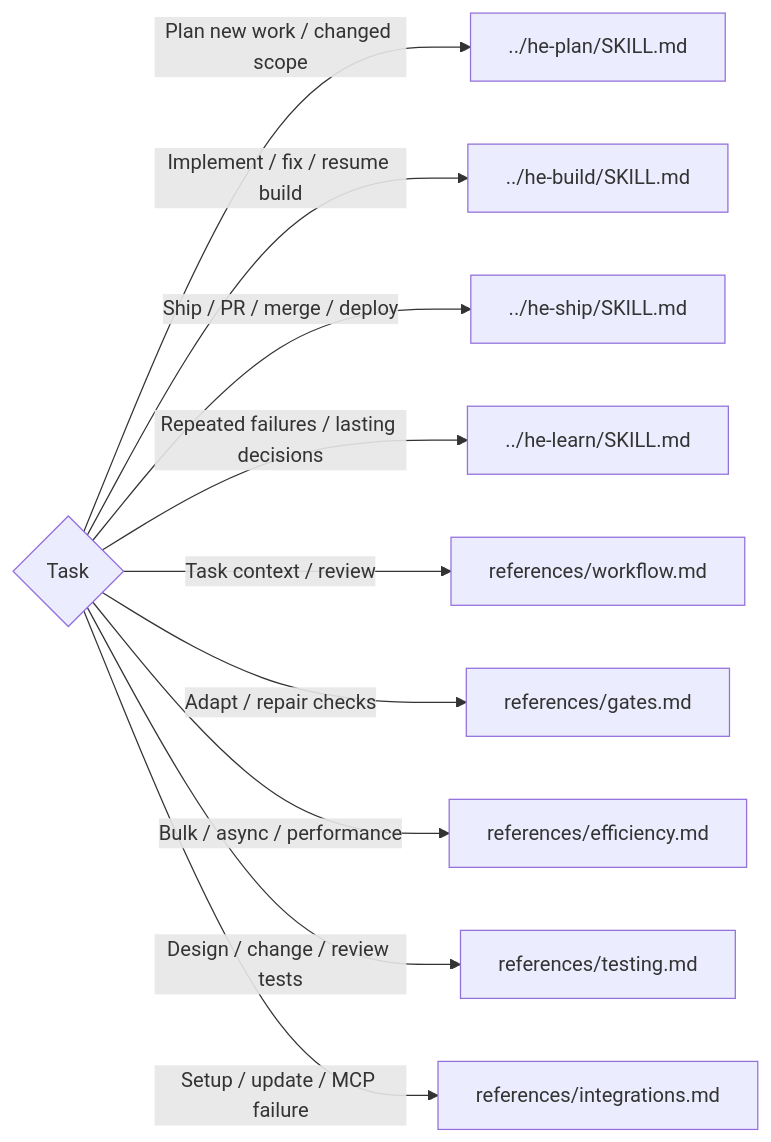
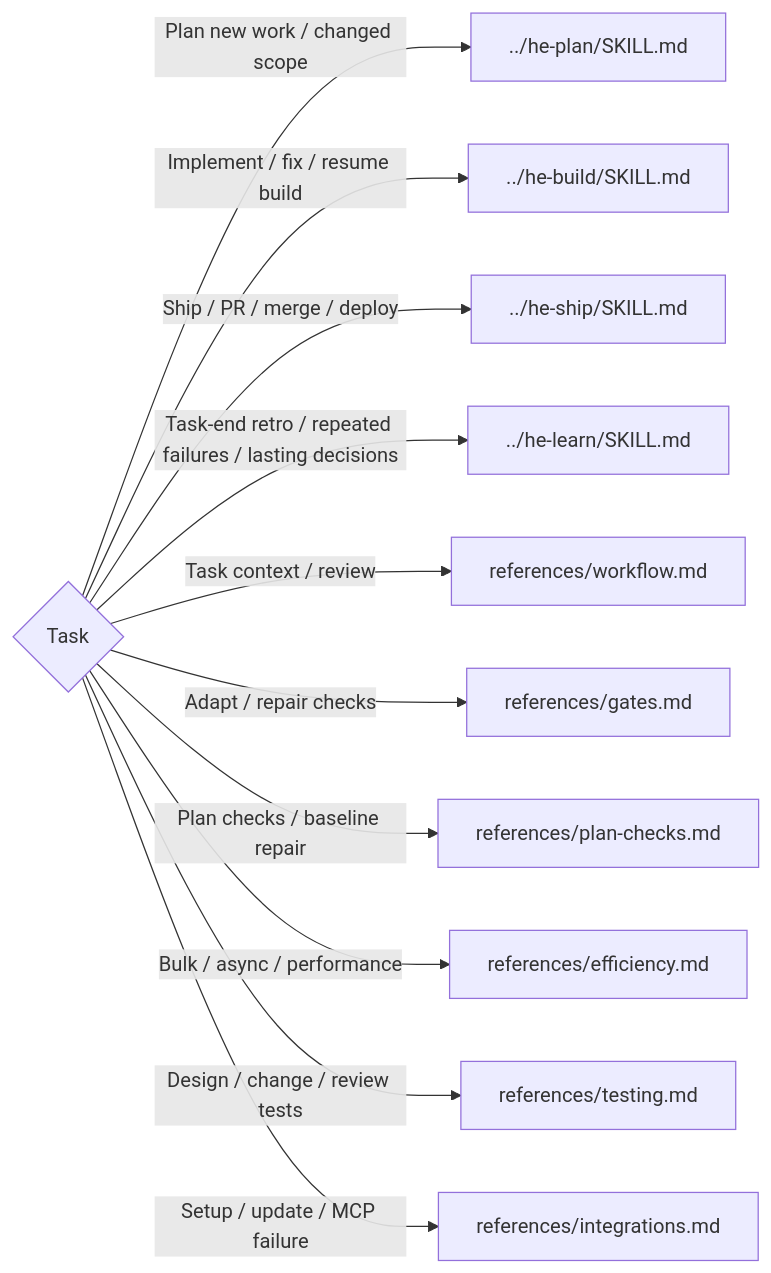
One commit to sgaabdu4/vault_storage changed the diagram in .agents/skills/he/SKILL.md. Above: the diagram before and after it, drawn with Mermaid. The commit also changed 104 other files, not shown here.

````diff
--- a/.agents/skills/he/SKILL.md
+++ b/.agents/skills/he/SKILL.md
@@ -10,21 +10,23 @@
 ```mermaid
 flowchart LR
   T{Task} -->|Plan new work / changed scope| P[../he-plan/SKILL.md]
   T -->|Implement / fix / resume build| B[../he-build/SKILL.md]
   T -->|Ship / PR / merge / deploy| S[../he-ship/SKILL.md]
-  T -->|Repeated failures / lasting decisions| L[../he-learn/SKILL.md]
+  T -->|Task-end retro / repeated failures / lasting decisions| L[../he-learn/SKILL.md]
   T -->|Task context / review| W[references/workflow.md]
   T -->|Adapt / repair checks| G[references/gates.md]
+  T -->|Plan checks / baseline repair| C[references/plan-checks.md]
   T -->|Bulk / async / performance| E[references/efficiency.md]
   T -->|Design / change / review tests| Q[references/testing.md]
   T -->|Setup / update / MCP failure| I[references/integrations.md]
   click W "references/workflow.md"
   click P "../he-plan/SKILL.md"
   click B "../he-build/SKILL.md"
   click S "../he-ship/SKILL.md"
   click L "../he-learn/SKILL.md"
   click G "references/gates.md"
+  click C "references/plan-checks.md"
   click E "references/efficiency.md"
   click Q "references/testing.md"
   click I "references/integrations.md"
 ```
````
